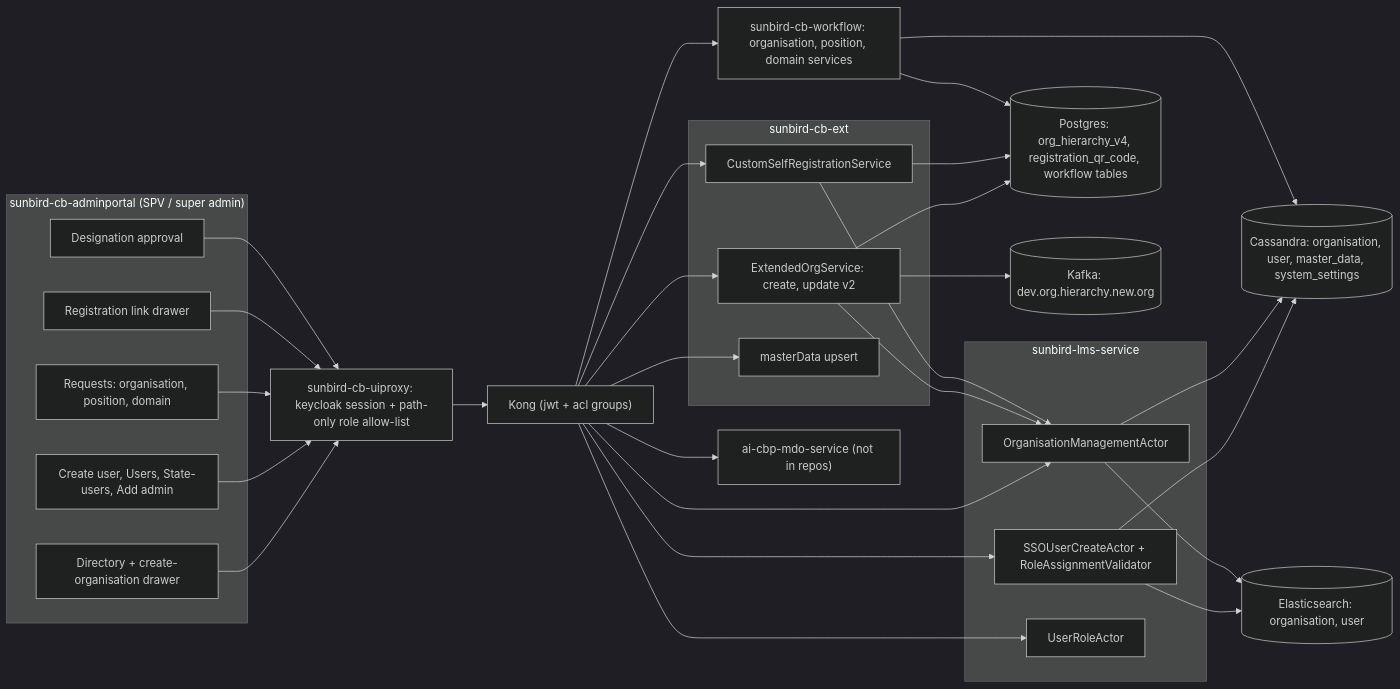
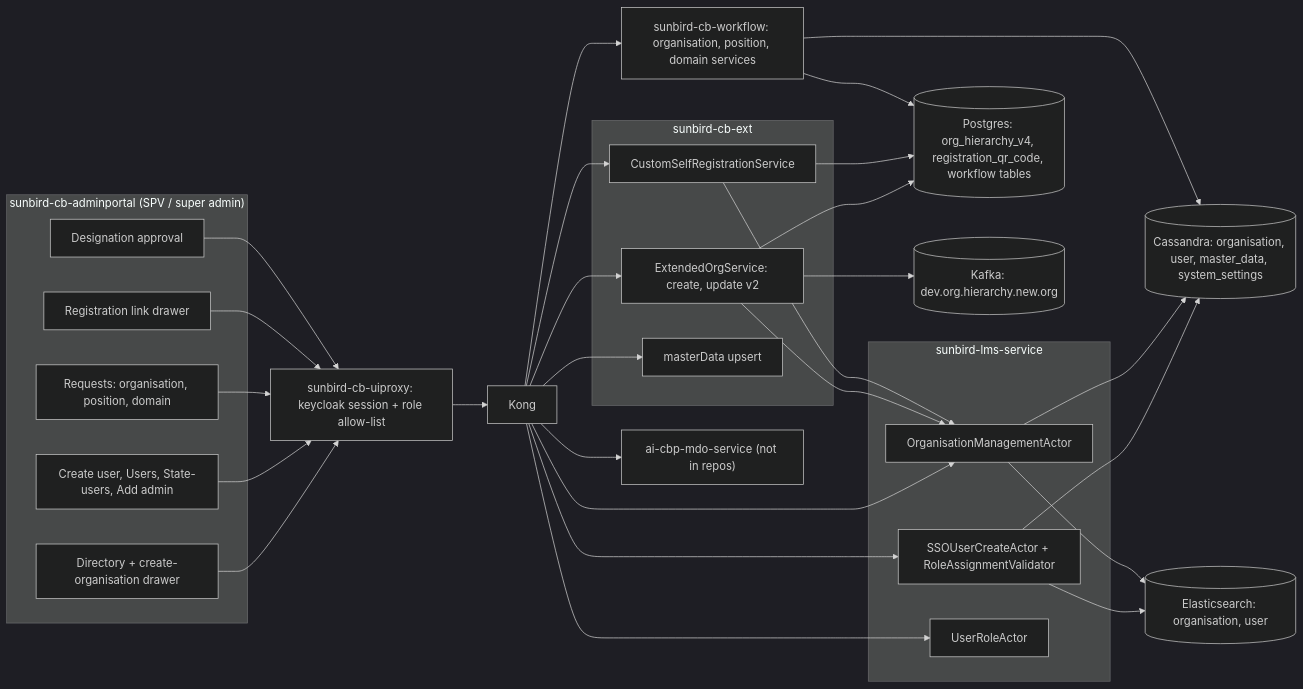
One commit to KB-iGOT/igot-docs changed the diagram in docs/learning-hub/spv-admin-registration/hld.md. Above: the diagram before and after it, drawn with Mermaid (dark theme). The commit also changed other lines of this file and 25 other files, not shown here.

````diff
--- a/docs/learning-hub/spv-admin-registration/hld.md
+++ b/docs/learning-hub/spv-admin-registration/hld.md
@@ -15,58 +15,58 @@
 ```mermaid
 flowchart LR
     subgraph Portal["sunbird-cb-adminportal (SPV / super admin)"]
         DIR["Directory + create-organisation drawer"]
         USR["Create user, Users, State-users, Add admin"]
         REQ["Requests: organisation, position, domain"]
         QR["Registration link drawer"]
         DA["Designation approval"]
     end
 
-    UP["sunbird-cb-uiproxy: keycloak session + path-only role allow-list"]
-    KONG["Kong (jwt + acl groups)"]
+    UP["sunbird-cb-uiproxy: keycloak session + role allow-list"]
+    KONG["Kong"]
 
     subgraph EXT["sunbird-cb-ext"]
         ORG["ExtendedOrgService: create, update v2"]
         CSR["CustomSelfRegistrationService"]
         MD["masterData upsert"]
     end
 
     subgraph LMS["sunbird-lms-service"]
         OM["OrganisationManagementActor"]
         SSO["SSOUserCreateActor + RoleAssignmentValidator"]
         UR["UserRoleActor"]
     end
 
     WF["sunbird-cb-workflow: organisation, position, domain services"]
     AI["ai-cbp-mdo-service (not in repos)"]
     PG[("Postgres: org_hierarchy_v4, registration_qr_code, workflow tables")]
     CASS[("Cassandra: organisation, user, master_data, system_settings")]
     ESI[("Elasticsearch: organisation, user")]
     K[("Kafka: dev.org.hierarchy.new.org")]
 
     DIR --> UP
     USR --> UP
     REQ --> UP
     QR --> UP
     DA --> UP
     UP --> KONG
     KONG --> ORG
     KONG --> CSR
     KONG --> MD
     KONG --> OM
     KONG --> SSO
     KONG --> UR
     KONG --> WF
     KONG --> AI
     ORG --> OM
     ORG --> PG
     ORG --> K
     CSR --> PG
     CSR --> OM
     SSO --> CASS
     SSO --> ESI
     OM --> CASS
     OM --> ESI
     WF --> PG
     WF --> CASS
 ```
````
